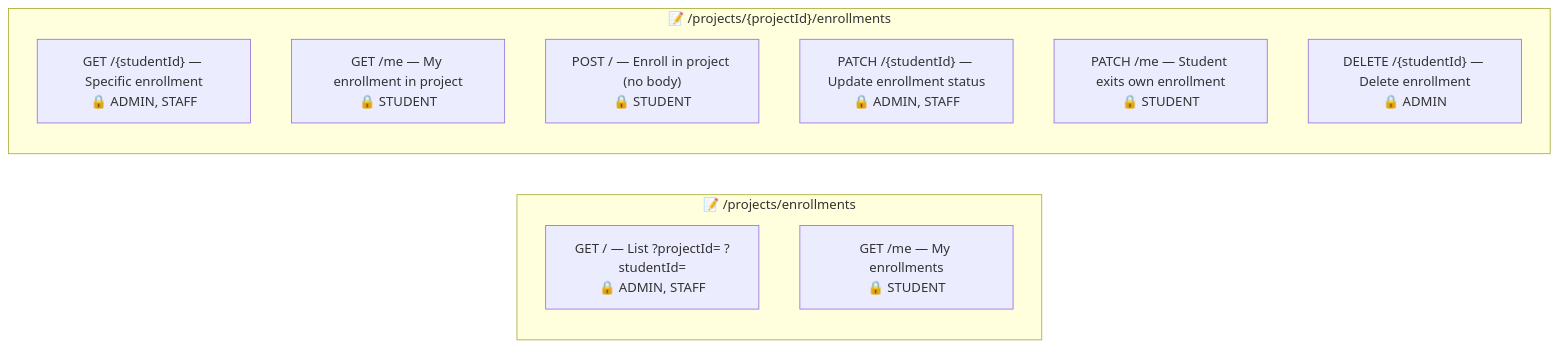
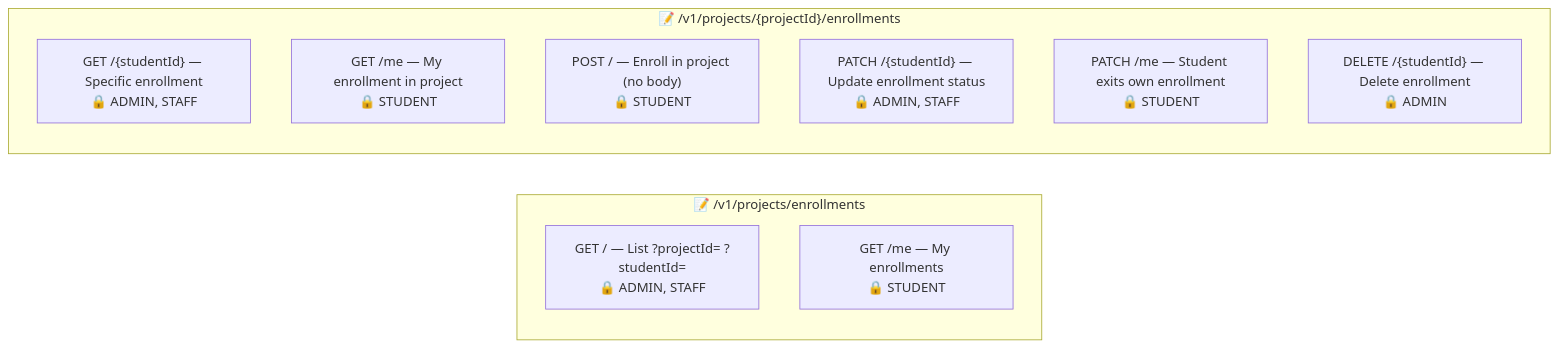
The fourth of 9 diagrams in src/main/java/br/org/catolicasc/pug/project/README.md (Plataforma-Universidade-Gratuita/pug-service), drawn with Mermaid before and after one commit. The commit also changed other lines of this file and 137 other files, not shown here.

````diff
--- a/src/main/java/br/org/catolicasc/pug/project/README.md
+++ b/src/main/java/br/org/catolicasc/pug/project/README.md
@@ -178,18 +178,18 @@
 ```mermaid
 graph LR
-    subgraph EnrollmentCollection["📝 /projects/enrollments"]
+    subgraph EnrollmentCollection["📝 /v1/projects/enrollments"]
         direction TB
         GET_LIST["GET / — List ?projectId= ?studentId=<br/>🔒 ADMIN, STAFF"]
         GET_ME_LIST["GET /me — My enrollments<br/>🔒 STUDENT"]
     end
 
-    subgraph EnrollmentProject["📝 /projects/{projectId}/enrollments"]
+    subgraph EnrollmentProject["📝 /v1/projects/{projectId}/enrollments"]
         direction TB
         GET_ONE["GET /{studentId} — Specific enrollment<br/>🔒 ADMIN, STAFF"]
         GET_ME_ONE["GET /me — My enrollment in project<br/>🔒 STUDENT"]
         POST["POST / — Enroll in project (no body)<br/>🔒 STUDENT"]
         PATCH_ONE["PATCH /{studentId} — Update enrollment status<br/>🔒 ADMIN, STAFF"]
         PATCH_ME["PATCH /me — Student exits own enrollment<br/>🔒 STUDENT"]
         DELETE["DELETE /{studentId} — Delete enrollment<br/>🔒 ADMIN"]
     end
 ```
````
